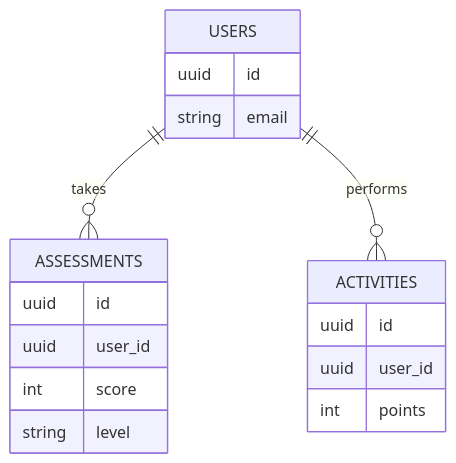
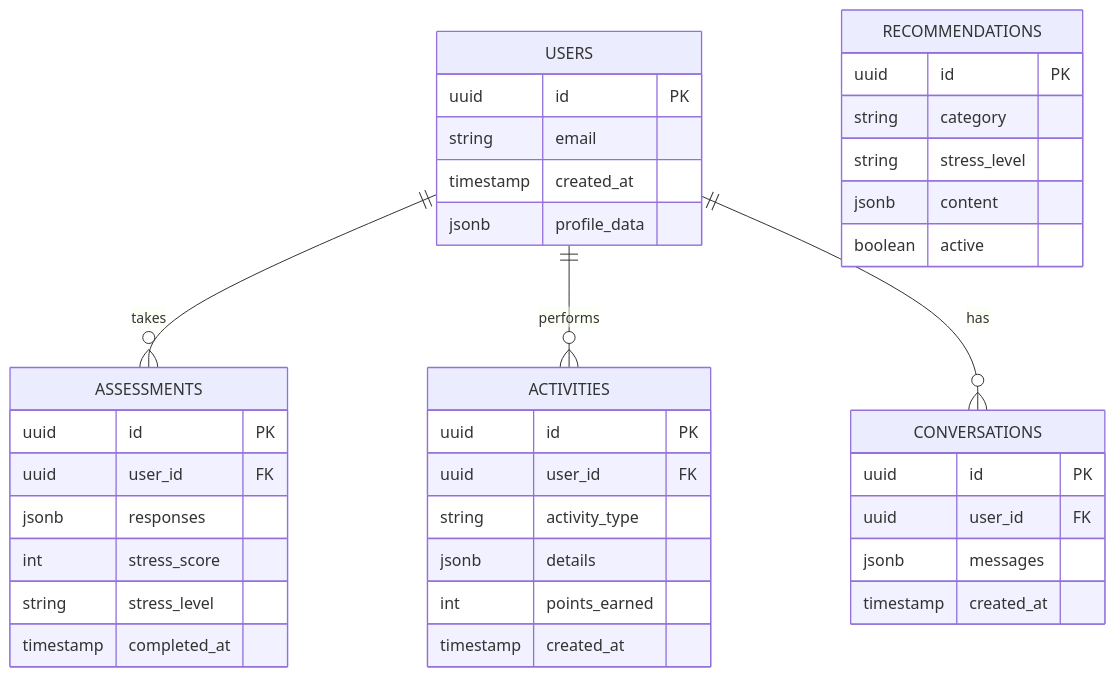
Before and after one commit to Hardik-369/AI-Stree-Reducer-Document: the fourth of 5 diagrams in AI_Stress_Reducer_Report_Compact_Final.md, drawn with Mermaid. The commit also changed other lines of this file, not shown here.

````diff
--- a/AI_Stress_Reducer_Report_Compact_Final.md
+++ b/AI_Stress_Reducer_Report_Compact_Final.md
@@ -191,20 +217,41 @@
 ```mermaid
 erDiagram
     USERS ||--o{ ASSESSMENTS : takes
     USERS ||--o{ ACTIVITIES : performs
+    USERS ||--o{ CONVERSATIONS : has
     USERS {
-        uuid id
+        uuid id PK
         string email
+        timestamp created_at
+        jsonb profile_data
     }
     ASSESSMENTS {
-        uuid id
-        uuid user_id
-        int score
-        string level
+        uuid id PK
+        uuid user_id FK
+        jsonb responses
+        int stress_score
+        string stress_level
+        timestamp completed_at
     }
     ACTIVITIES {
-        uuid id
-        uuid user_id
-        int points
+        uuid id PK
+        uuid user_id FK
+        string activity_type
+        jsonb details
+        int points_earned
+        timestamp created_at
+    }
+    CONVERSATIONS {
+        uuid id PK
+        uuid user_id FK
+        jsonb messages
+        timestamp created_at
+    }
+    RECOMMENDATIONS {
+        uuid id PK
+        string category
+        string stress_level
+        jsonb content
+        boolean active
     }
 ```
````
